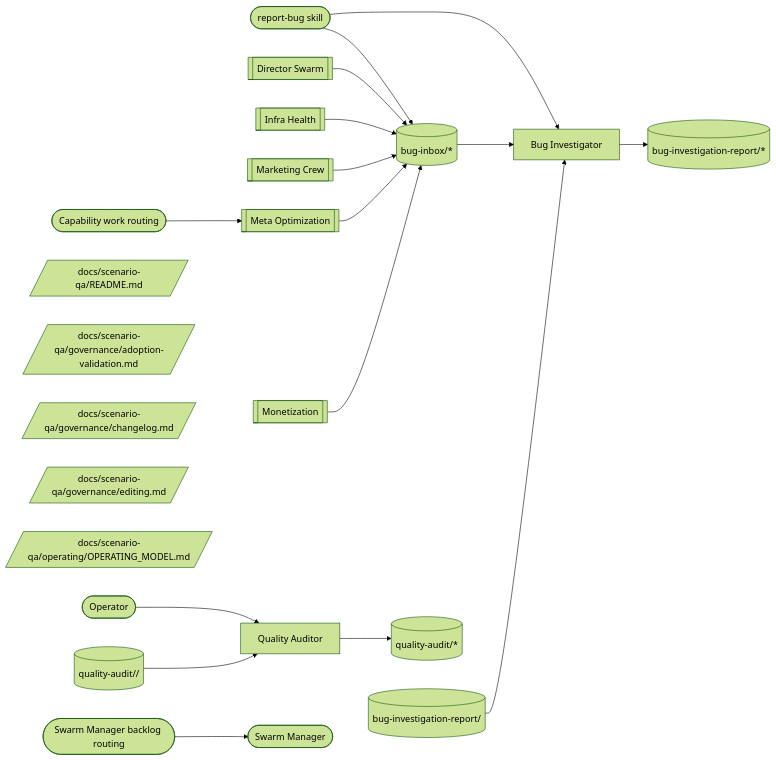
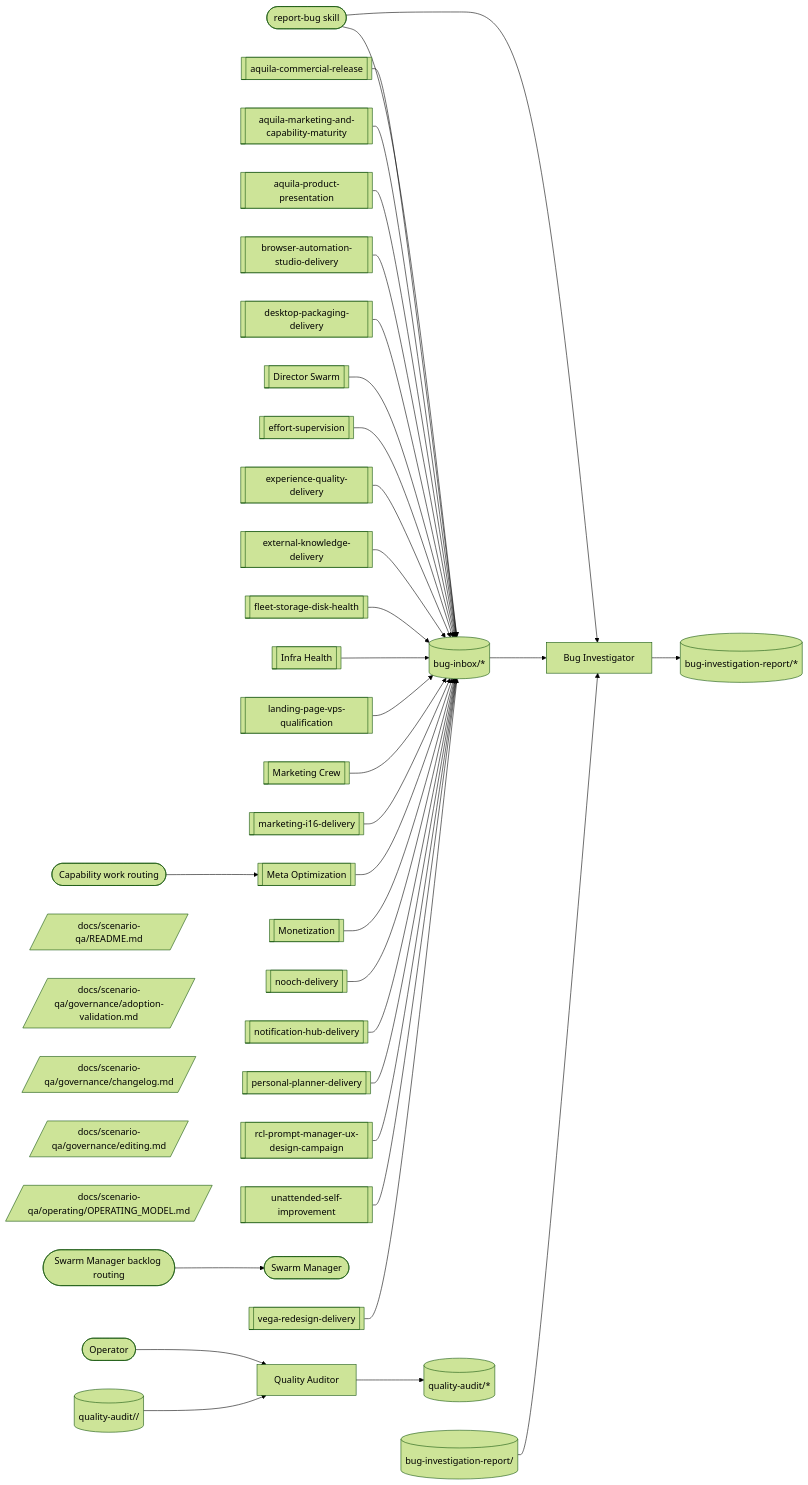
One commit to Vrooli/Vrooli changed the diagram in docs/scenario-qa/operating/OPERATING_MODEL.md. Above: the diagram before and after it, drawn with Mermaid (forest theme). The commit also changed 84 other files, not shown here.

````diff
--- a/docs/scenario-qa/operating/OPERATING_MODEL.md
+++ b/docs/scenario-qa/operating/OPERATING_MODEL.md
@@ -59,15 +59,25 @@
 ```mermaid
 flowchart LR
+  %% @node AQUILACOMMER team:aquila-commercial-release
+  AQUILACOMMER[[aquila-commercial-release]]
+  %% @node AQUILAMARKET team:aquila-marketing-and-capability-maturity
+  AQUILAMARKET[[aquila-marketing-and-capability-maturity]]
+  %% @node AQUILAPRODUC team:aquila-product-presentation
+  AQUILAPRODUC[[aquila-product-presentation]]
   %% @node BACKLOG process:swarm-manager-backlog-routing
   BACKLOG([Swarm Manager backlog routing])
   %% @node BI member:bug-investigator
   BI[Bug Investigator]
+  %% @node BROWSERAUTOM team:browser-automation-studio-delivery
+  BROWSERAUTOM[[browser-automation-studio-delivery]]
   %% @node BUGINBOX topic:bug-inbox/*
   BUGINBOX[(bug-inbox/*)]
   %% @node BUGINVESTIGA topic:bug-investigation-report/*
   BUGINVESTIGA[(bug-investigation-report/*)]
   %% @node BUGREP topic:bug-investigation-report/<slug>
   BUGREP[(bug-investigation-report/<slug>)]
+  %% @node DESKTOPPACKA team:desktop-packaging-delivery
+  DESKTOPPACKA[[desktop-packaging-delivery]]
   %% @node DIR team:director-swarm
   DIR[[Director Swarm]]
   %% @node DOCSSCENARIO por:docs/scenario-qa/README.md
@@ -80,18 +90,36 @@
   DOCSSCENARIO4[/docs/scenario-qa/governance/editing.md/]
   %% @node DOCSSCENARIO5 por:docs/scenario-qa/operating/OPERATING_MODEL.md
   DOCSSCENARIO5[/docs/scenario-qa/operating/OPERATING_MODEL.md/]
+  %% @node EFFORTSUPERV team:effort-supervision
+  EFFORTSUPERV[[effort-supervision]]
+  %% @node EXPERIENCEQU team:experience-quality-delivery
+  EXPERIENCEQU[[experience-quality-delivery]]
+  %% @node EXTERNALKNOW team:external-knowledge-delivery
+  EXTERNALKNOW[[external-knowledge-delivery]]
+  %% @node FLEETSTORAGE team:fleet-storage-disk-health
+  FLEETSTORAGE[[fleet-storage-disk-health]]
   %% @node GAPROUTE process:work-item-routing
   GAPROUTE([Capability work routing])
   %% @node INFRA team:infra-health
   INFRA[[Infra Health]]
+  %% @node LANDINGPAGEV team:landing-page-vps-qualification
+  LANDINGPAGEV[[landing-page-vps-qualification]]
+  %% @node MARKETINGI16 team:marketing-i16-delivery
+  MARKETINGI16[[marketing-i16-delivery]]
   %% @node META_IN team:meta-optimization
   META_IN[[Meta Optimization]]
   %% @node MKT team:marketing-crew
   MKT[[Marketing Crew]]
   %% @node MON team:monetization
   MON[[Monetization]]
+  %% @node NOOCHDELIVER team:nooch-delivery
+  NOOCHDELIVER[[nooch-delivery]]
+  %% @node NOTIFICATION team:notification-hub-delivery
+  NOTIFICATION[[notification-hub-delivery]]
   %% @node OP external:operator
   OP([Operator])
+  %% @node PERSONALPLAN team:personal-planner-delivery
+  PERSONALPLAN[[personal-planner-delivery]]
   %% @node QA member:quality-auditor
   QA[Quality Auditor]
   %% @node QUALITYAUDIT topic:quality-audit/*
@@ -100,8 +128,14 @@
   QUAUD[(quality-audit/<scenario-id>/<skill-id>)]
   %% @node RB external:report-bug
   RB([report-bug skill])
+  %% @node RCLPROMPTMAN team:rcl-prompt-manager-ux-design-campaign
+  RCLPROMPTMAN[[rcl-prompt-manager-ux-design-campaign]]
   %% @node SWARM external:swarm-manager
   SWARM([Swarm Manager])
+  %% @node UNATTENDEDSE team:unattended-self-improvement
+  UNATTENDEDSE[[unattended-self-improvement]]
+  %% @node VEGAREDESIGN team:vega-redesign-delivery
+  VEGAREDESIGN[[vega-redesign-delivery]]
 
   OP --> QA
   RB --> BI
@@ -110,11 +144,28 @@
   QA --> QUALITYAUDIT
   BACKLOG --> SWARM
   GAPROUTE --> META_IN
+  AQUILACOMMER --> BUGINBOX
+  AQUILAMARKET --> BUGINBOX
+  AQUILAPRODUC --> BUGINBOX
+  BROWSERAUTOM --> BUGINBOX
+  DESKTOPPACKA --> BUGINBOX
   DIR --> BUGINBOX
+  EFFORTSUPERV --> BUGINBOX
+  EXPERIENCEQU --> BUGINBOX
+  EXTERNALKNOW --> BUGINBOX
+  FLEETSTORAGE --> BUGINBOX
   INFRA --> BUGINBOX
+  LANDINGPAGEV --> BUGINBOX
   MKT --> BUGINBOX
+  MARKETINGI16 --> BUGINBOX
   META_IN --> BUGINBOX
   MON --> BUGINBOX
+  NOOCHDELIVER --> BUGINBOX
+  NOTIFICATION --> BUGINBOX
+  PERSONALPLAN --> BUGINBOX
+  RCLPROMPTMAN --> BUGINBOX
+  UNATTENDEDSE --> BUGINBOX
+  VEGAREDESIGN --> BUGINBOX
   BUGINBOX --> BI
   BUGREP --> BI
   QUAUD --> QA
````
